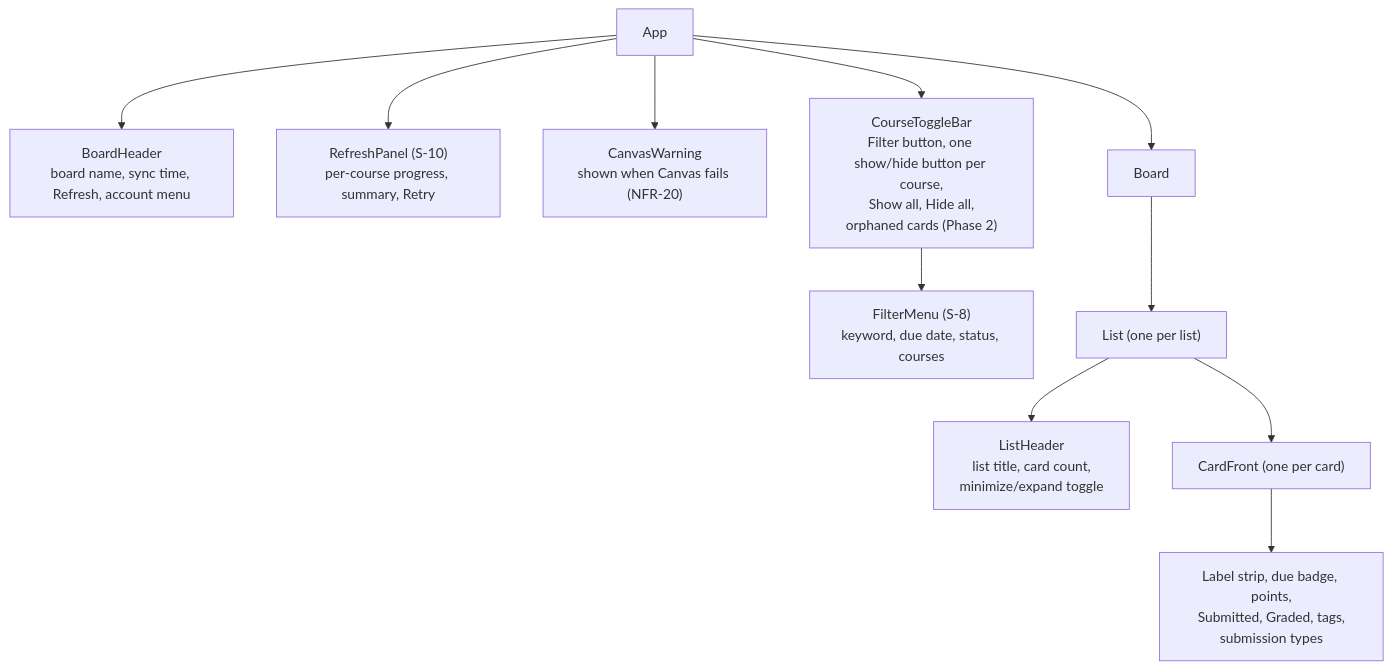
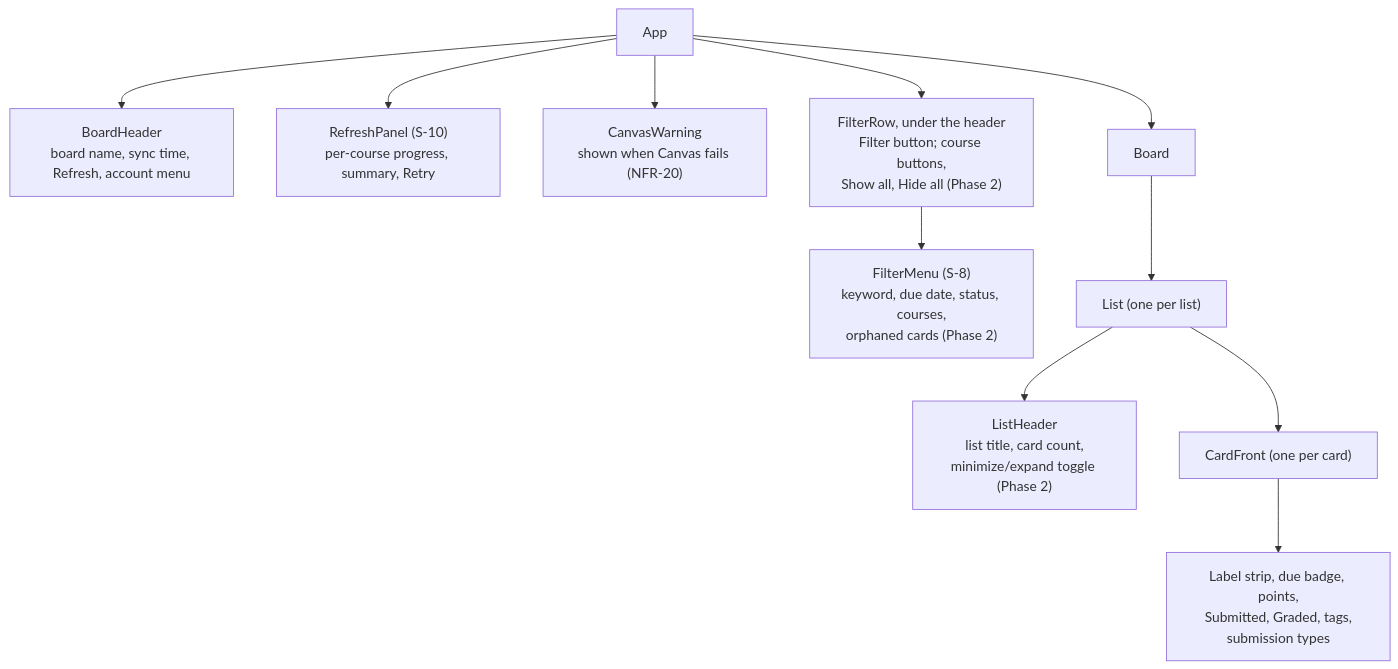
The sixth of 6 diagrams in docs/canvas-portal/03-design.md (bbranton/TestProj), drawn with Mermaid before and after one commit. The commit also changed other lines of this file, not shown here.

First line of the commit message:
Design: follow the Team Lead's Phase 1 scope cut

````diff
--- a/docs/canvas-portal/03-design.md
+++ b/docs/canvas-portal/03-design.md
@@ -690,13 +698,13 @@
 ```mermaid
 flowchart TD
     App --> Header["BoardHeader<br/>board name, sync time, Refresh, account menu"]
     App --> Progress["RefreshPanel (S-10)<br/>per-course progress, summary, Retry"]
     App --> Banner["CanvasWarning<br/>shown when Canvas fails (NFR-20)"]
-    App --> Toggles["CourseToggleBar<br/>Filter button, one show/hide button per course,<br/>Show all, Hide all,<br/>orphaned cards (Phase 2)"]
-    Toggles --> Filter["FilterMenu (S-8)<br/>keyword, due date, status, courses"]
+    App --> Row["FilterRow, under the header<br/>Filter button; course buttons,<br/>Show all, Hide all (Phase 2)"]
+    Row --> Filter["FilterMenu (S-8)<br/>keyword, due date, status, courses,<br/>orphaned cards (Phase 2)"]
     App --> Board
     Board --> List["List (one per list)"]
-    List --> ListHeader["ListHeader<br/>list title, card count,<br/>minimize/expand toggle"]
+    List --> ListHeader["ListHeader<br/>list title, card count,<br/>minimize/expand toggle (Phase 2)"]
     List --> Card["CardFront (one per card)"]
     Card --> Badges["Label strip, due badge, points,<br/>Submitted, Graded, tags,<br/>submission types"]
 ```
````
